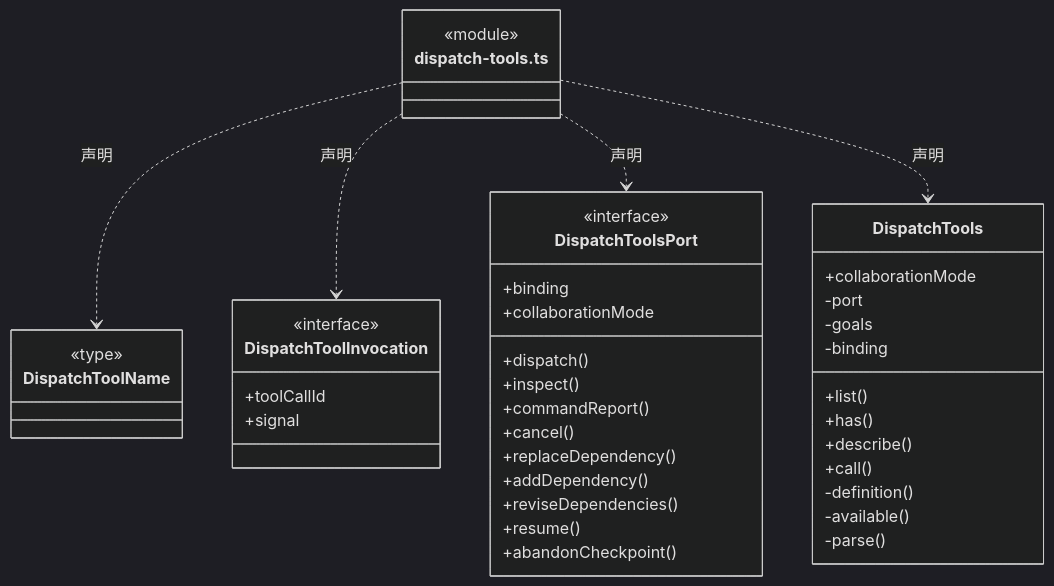
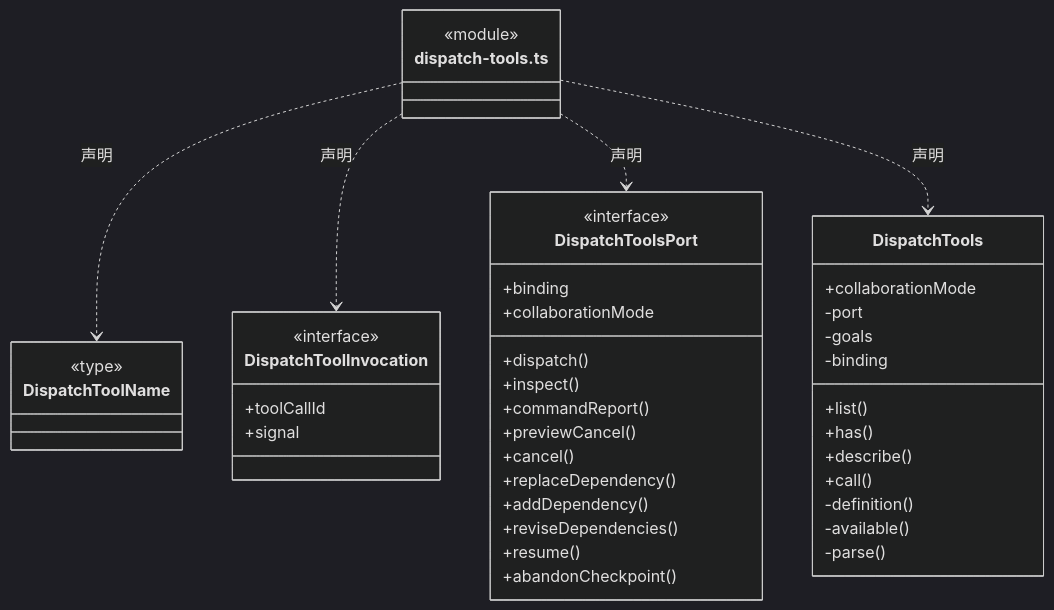
The fifth of 20 diagrams in src/backend/scheduler-engine/tools/ARCHITECTURE.md (nan023062/cbim), drawn with Mermaid (dark theme) before and after one commit. The commit also changed other lines of this file and 44 other files, not shown here.

````diff
--- a/src/backend/scheduler-engine/tools/ARCHITECTURE.md
+++ b/src/backend/scheduler-engine/tools/ARCHITECTURE.md
@@ -44,46 +93,47 @@
 ```mermaid
 classDiagram
 class N_src_backend_scheduler_engine_tools_dispatch_tools_ts["dispatch-tools.ts"] {
   <<module>>
 }
 class N_src_backend_scheduler_engine_tools_dispatch_tools_ts_DispatchToolName["DispatchToolName"] {
   <<type>>
 
 }
 N_src_backend_scheduler_engine_tools_dispatch_tools_ts ..> N_src_backend_scheduler_engine_tools_dispatch_tools_ts_DispatchToolName : 声明
 class N_src_backend_scheduler_engine_tools_dispatch_tools_ts_DispatchToolInvocation["DispatchToolInvocation"] {
   <<interface>>
   +toolCallId
   +signal
 }
 N_src_backend_scheduler_engine_tools_dispatch_tools_ts ..> N_src_backend_scheduler_engine_tools_dispatch_tools_ts_DispatchToolInvocation : 声明
 class N_src_backend_scheduler_engine_tools_dispatch_tools_ts_DispatchToolsPort["DispatchToolsPort"] {
   <<interface>>
   +binding
   +collaborationMode
   +dispatch()
   +inspect()
   +commandReport()
+  +previewCancel()
   +cancel()
   +replaceDependency()
   +addDependency()
   +reviseDependencies()
   +resume()
   +abandonCheckpoint()
 }
 N_src_backend_scheduler_engine_tools_dispatch_tools_ts ..> N_src_backend_scheduler_engine_tools_dispatch_tools_ts_DispatchToolsPort : 声明
 class N_src_backend_scheduler_engine_tools_dispatch_tools_ts_DispatchTools["DispatchTools"] {
   +collaborationMode
   +list()
   +has()
   +describe()
   +call()
   -port
   -goals
   -binding
   -definition()
   -available()
   -parse()
 }
 N_src_backend_scheduler_engine_tools_dispatch_tools_ts ..> N_src_backend_scheduler_engine_tools_dispatch_tools_ts_DispatchTools : 声明
 ```
````
